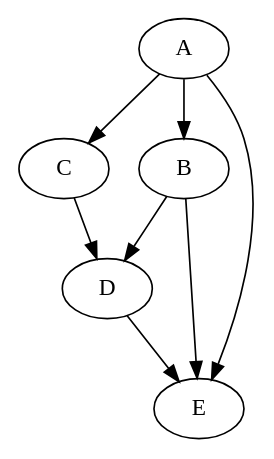
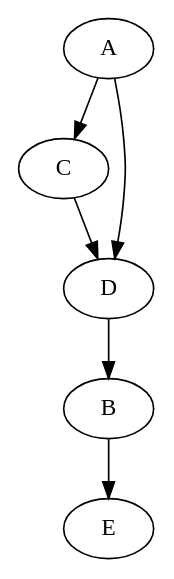
Before and after one commit to darkthecross/motion_planning_notes: the diagram in ch3/resources/directional_graph.dot, drawn with Graphviz. The commit also changed 9 other files, not shown here.

```diff
--- a/ch3/resources/directional_graph.dot
+++ b/ch3/resources/directional_graph.dot
@@ -1,18 +1,16 @@
 digraph {
     A
     B
     C
     D
     E
 
-    A->B
     A->C
-    A->E
+    A->D
 
-    B->D
     B->E
 
     C->D
 
-    D->E
+    D->B
 }
```
